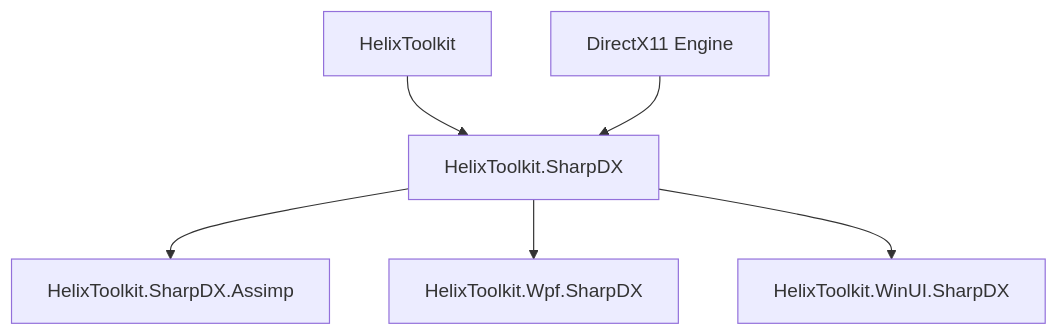
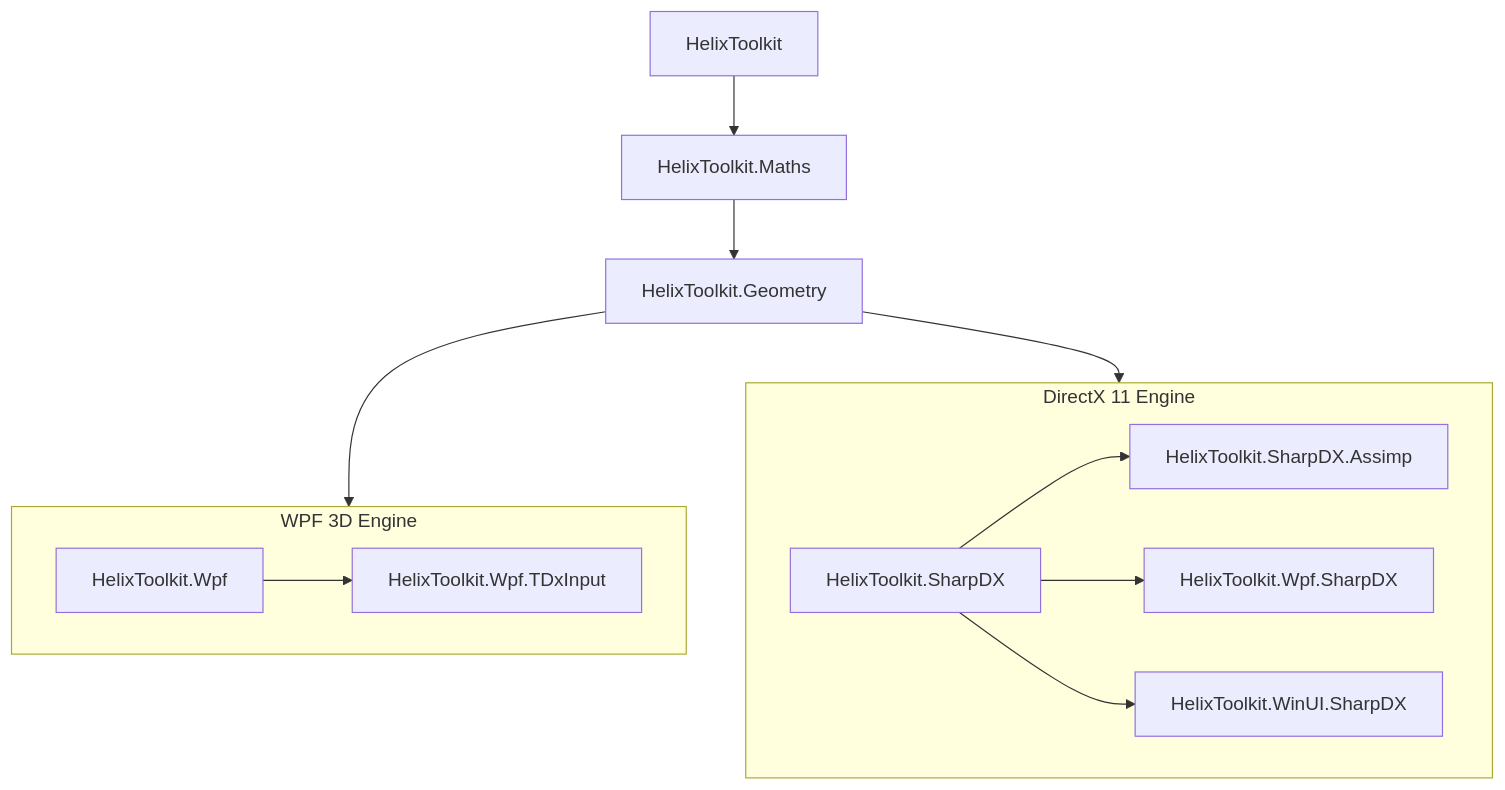
Before and after one commit to helix-toolkit/helix-toolkit: the diagram in README.md, drawn with Mermaid. The commit also changed other lines of this file, not shown here.

````diff
--- a/README.md
+++ b/README.md
@@ -71,8 +61,21 @@
 ```mermaid
-graph TD
-    hx[HelixToolkit] --> hxdx[HelixToolkit.SharpDX]
-    dx11[DirectX11 Engine] --> hxdx
-    hxdx --> hxAssimp[HelixToolkit.SharpDX.Assimp]
-    hxdx --> hxWpf[HelixToolkit.Wpf.SharpDX]
-    hxdx --> hxWinUI[HelixToolkit.WinUI.SharpDX]
+flowchart TD
+ subgraph s1["DirectX 11 Engine"]
+        n6["HelixToolkit.SharpDX"]
+        n7["HelixToolkit.SharpDX.Assimp"]
+        n8["HelixToolkit.Wpf.SharpDX"]
+        n9["HelixToolkit.WinUI.SharpDX"]
+  end
+ subgraph s2["WPF 3D Engine"]
+        n10["HelixToolkit.Wpf"]
+        n11["HelixToolkit.Wpf.TDxInput"]
+  end
+    hx["HelixToolkit"] --> n1["HelixToolkit.Maths"]
+    n1 --> n2["HelixToolkit.Geometry"]
+    n6 --> n7 & n8 & n9
+    n10 --> n11
+    n2 --> s2
+    n2 --> s1
+
+    n2@{ shape: rect}
 ```
````
